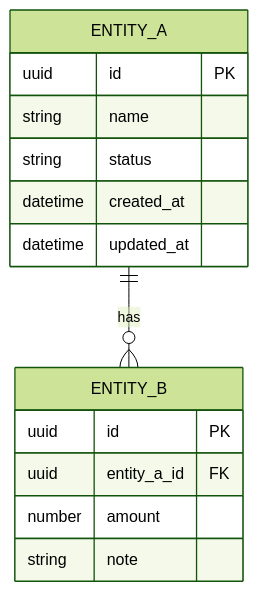
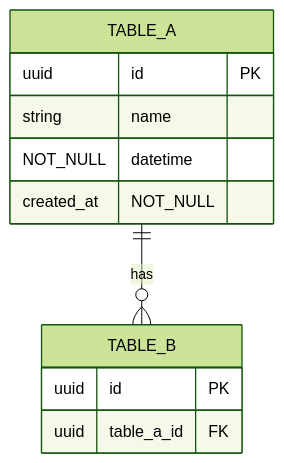
One commit to nguyenvananh205-rgb/Vanh changed the second of 3 diagrams in .claude/commands/prd-generator.md. Above: the diagram before and after it, drawn with Mermaid (forest theme). The commit also changed other lines of this file, not shown here.

````diff
--- a/.claude/commands/prd-generator.md
+++ b/.claude/commands/prd-generator.md
@@ -283,17 +357,13 @@
 ```mermaid
 erDiagram
-    ENTITY_A {
+    TABLE_A {
         uuid id PK
-        string name
-        string status
-        datetime created_at
-        datetime updated_at
+        string name NOT_NULL
+        datetime created_at NOT_NULL
     }
-    ENTITY_B {
+    TABLE_B {
         uuid id PK
-        uuid entity_a_id FK
-        number amount
-        string note
+        uuid table_a_id FK
     }
-    ENTITY_A ||--o{ ENTITY_B : "has"
+    TABLE_A ||--o{ TABLE_B : "has"
 ```
````
